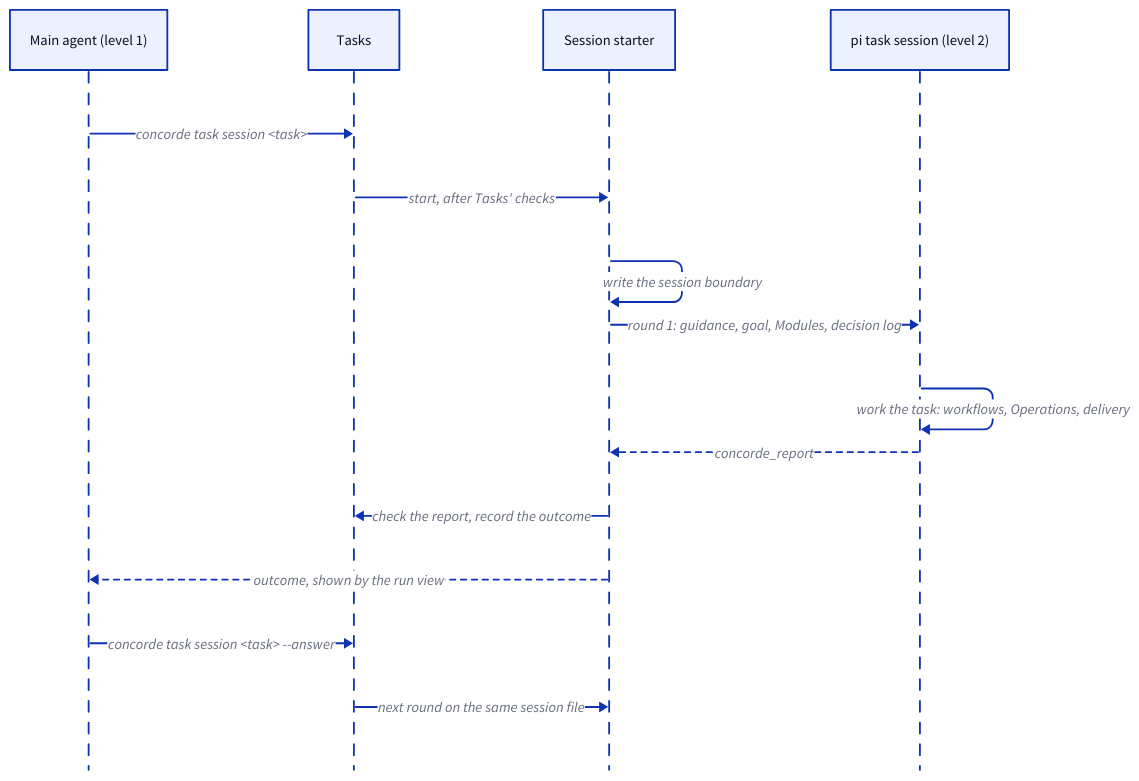
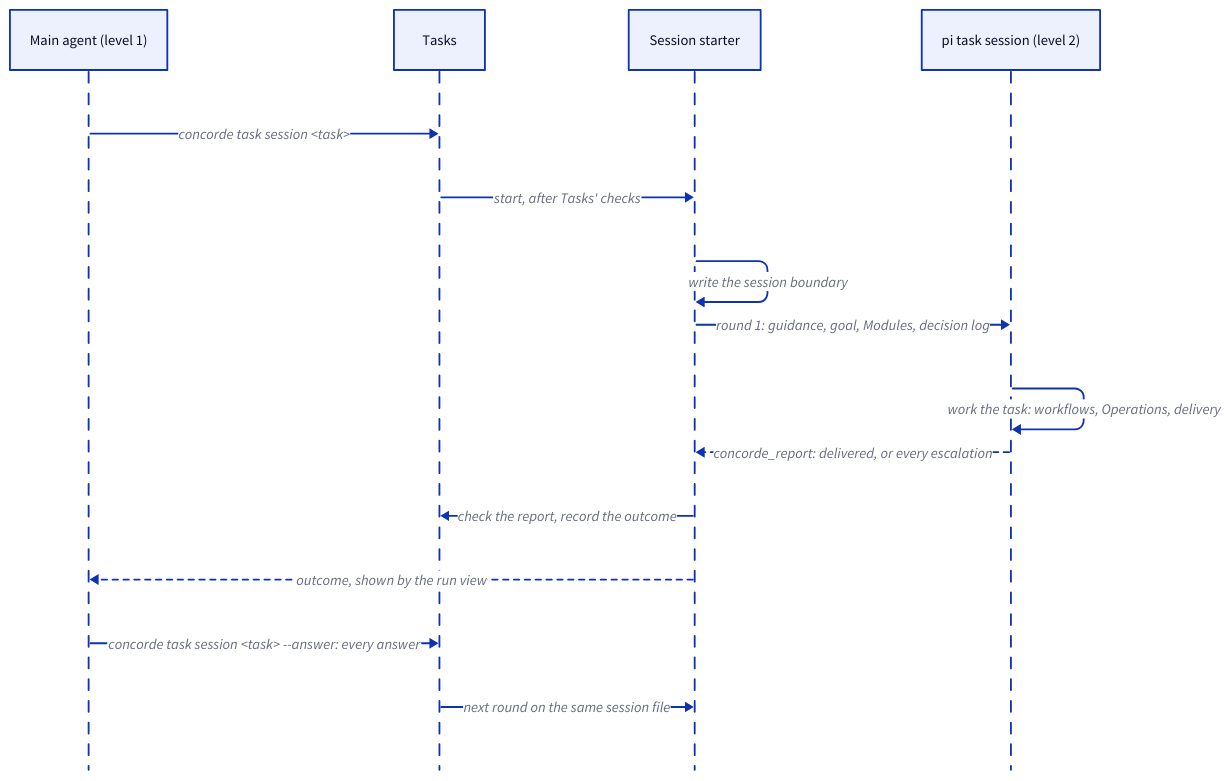
Before and after one commit to FTOD/concorde: the third of 5 diagrams in specs/concorde/coordination/task-session/module.md, drawn with D2. The commit also changed other lines of this file and 9 other files, not shown here.

First line of the commit message:
Coordination Specs: the task level is always a task session; decisions are asked from the main session

````diff
--- a/specs/concorde/coordination/task-session/module.md
+++ b/specs/concorde/coordination/task-session/module.md
@@ -230,17 +239,17 @@
 ```d2 illustrative
 shape: sequence_diagram
 main: Main agent (level 1)
 tasks: Tasks
 starter: Session starter
 session: pi task session (level 2)
 main -> tasks: concorde task session <task>
 tasks -> starter: start, after Tasks' checks
 starter -> starter: write the session boundary
 starter -> session: round 1: guidance, goal, Modules, decision log
 session -> session: work the task: workflows, Operations, delivery
-session -> starter: concorde_report {style.stroke-dash: 3}
+session -> starter: "concorde_report: delivered, or every escalation" {style.stroke-dash: 3}
 starter -> tasks: check the report, record the outcome
 starter -> main: outcome, shown by the run view {style.stroke-dash: 3}
-main -> tasks: concorde task session <task> --answer
+main -> tasks: "concorde task session <task> --answer: every answer"
 tasks -> starter: next round on the same session file
 ```
````
